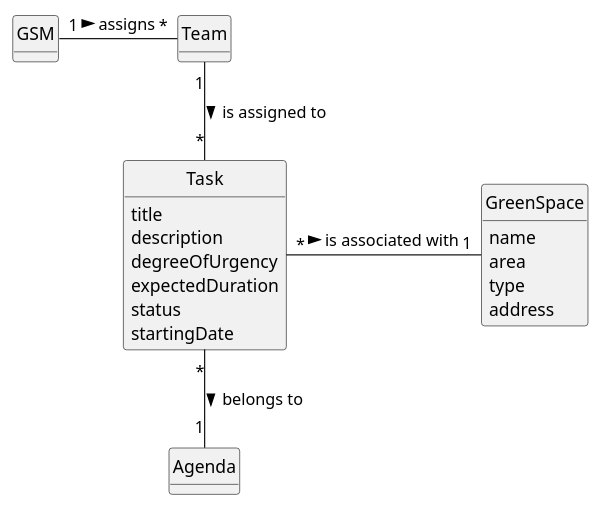
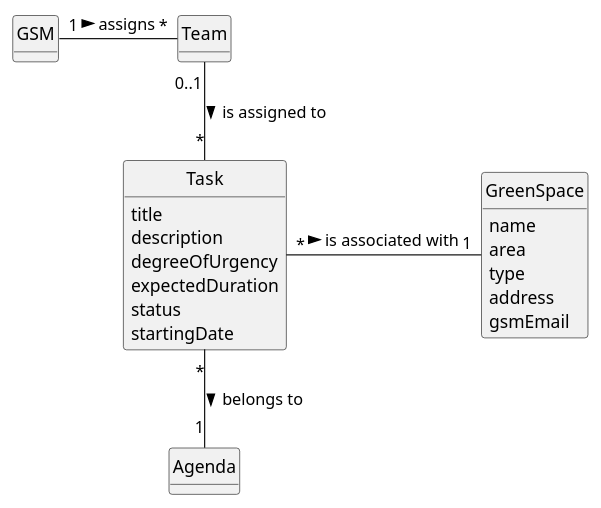
Before and after one commit to Departamento-de-Engenharia-Informatica/lei-24-s2-1dm-g132: the diagram in docs/sprintC/us023/02.analysis/puml/us023-domain-model.puml, drawn with PlantUML. The commit also changed 8 other files, not shown here.

```diff
--- a/docs/sprintC/us023/02.analysis/puml/us023-domain-model.puml
+++ b/docs/sprintC/us023/02.analysis/puml/us023-domain-model.puml
@@ -1,46 +1,47 @@
 @startuml
 skinparam monochrome true
 skinparam packageStyle rectangle
 skinparam shadowing false
 
 'left to right direction
 
 skinparam classAttributeIconSize 0
 
 hide circle
 hide methods
 
 class GSM {
 }
 
 class Task {
     title
     description
     degreeOfUrgency
     expectedDuration
     status
     startingDate
 }
 
 class Agenda{
 }
 
 class Team {
 }
 
 class GreenSpace {
     name
     area
     type
     address
+    gsmEmail
 }
 
 GSM "1" - "*" Team : assigns >
 
-Team "1" -- "*" Task : is assigned to >
+Team "0..1" -- "*" Task : is assigned to >
 
 Task "*" -- "1" Agenda : belongs to >
 
 Task "*" - "1" GreenSpace : is associated with >
 
 @enduml
```
